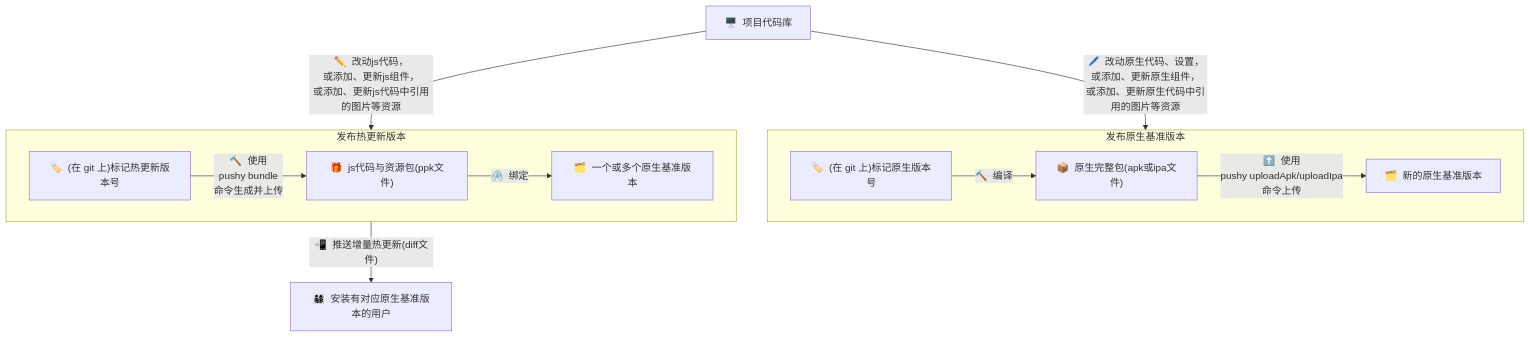
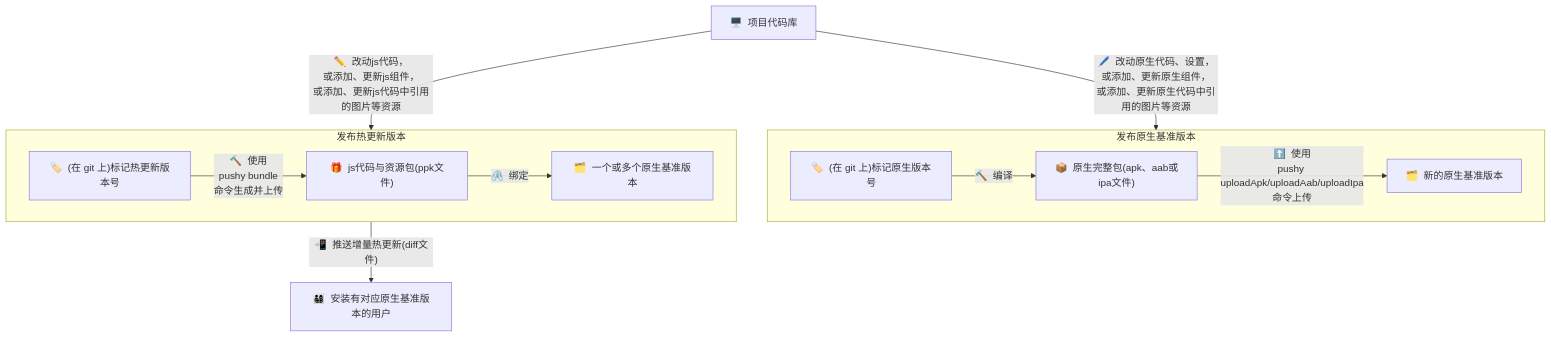
Before and after one commit to reactnativecn/pushy-site: the diagram in site/pages/docs/publish.mdx, drawn with Mermaid. The commit also changed other lines of this file and 1 other file, not shown here.

````diff
--- a/site/pages/docs/publish.mdx
+++ b/site/pages/docs/publish.mdx
@@ -11,22 +11,22 @@
 ```mermaid
 flowchart TD
     codebase["🖥️&nbsp;&nbsp;项目代码库"]
     subgraph 发布原生基准版本
     tagNativeVersion["🏷️&nbsp;&nbsp;(在 git 上)标记原生版本号"]
     newNativeVersion["🗂️&nbsp;&nbsp;新的原生基准版本"]
-    nativePackage["📦&nbsp;&nbsp;原生完整包(apk或ipa文件)"]
+    nativePackage["📦&nbsp;&nbsp;原生完整包(apk、aab或ipa文件)"]
     tagNativeVersion--"🔨&nbsp;&nbsp;编译"-->nativePackage
-    nativePackage--"⬆️&nbsp;&nbsp;使用<br/>pushy uploadApk/uploadIpa<br/>命令上传"-->newNativeVersion
+    nativePackage--"⬆️&nbsp;&nbsp;使用<br/>pushy uploadApk/uploadAab/uploadIpa<br/>命令上传"-->newNativeVersion
     end
     subgraph 发布热更新版本
     tagBundleVersion["🏷️&nbsp;&nbsp;(在 git 上)标记热更新版本号"]
     bundlePackage["🎁&nbsp;&nbsp;js代码与资源包(ppk文件)"]
     tagBundleVersion--"🔨&nbsp;&nbsp;使用<br/>pushy bundle<br/>命令生成并上传"-->bundlePackage
     someNativeVersions["🗂️&nbsp;&nbsp;一个或多个原生基准版本"]
     bundlePackage--"🖇️&nbsp;&nbsp;绑定"-->someNativeVersions
     end
     user["👨‍👩‍👧‍👦&nbsp;&nbsp;安装有对应原生基准版本的用户"]
     codebase--"✏️&nbsp;&nbsp;改动js代码，<br/>或添加、更新js组件，<br/>或添加、更新js代码中引用的图片等资源"-->发布热更新版本
     codebase--"🖊️&nbsp;&nbsp;改动原生代码、设置，<br/>或添加、更新原生组件，<br/>或添加、更新原生代码中引用的图片等资源"-->发布原生基准版本
     发布热更新版本--"📲&nbsp;&nbsp;推送增量热更新(diff文件)"-->user
 ```
````
